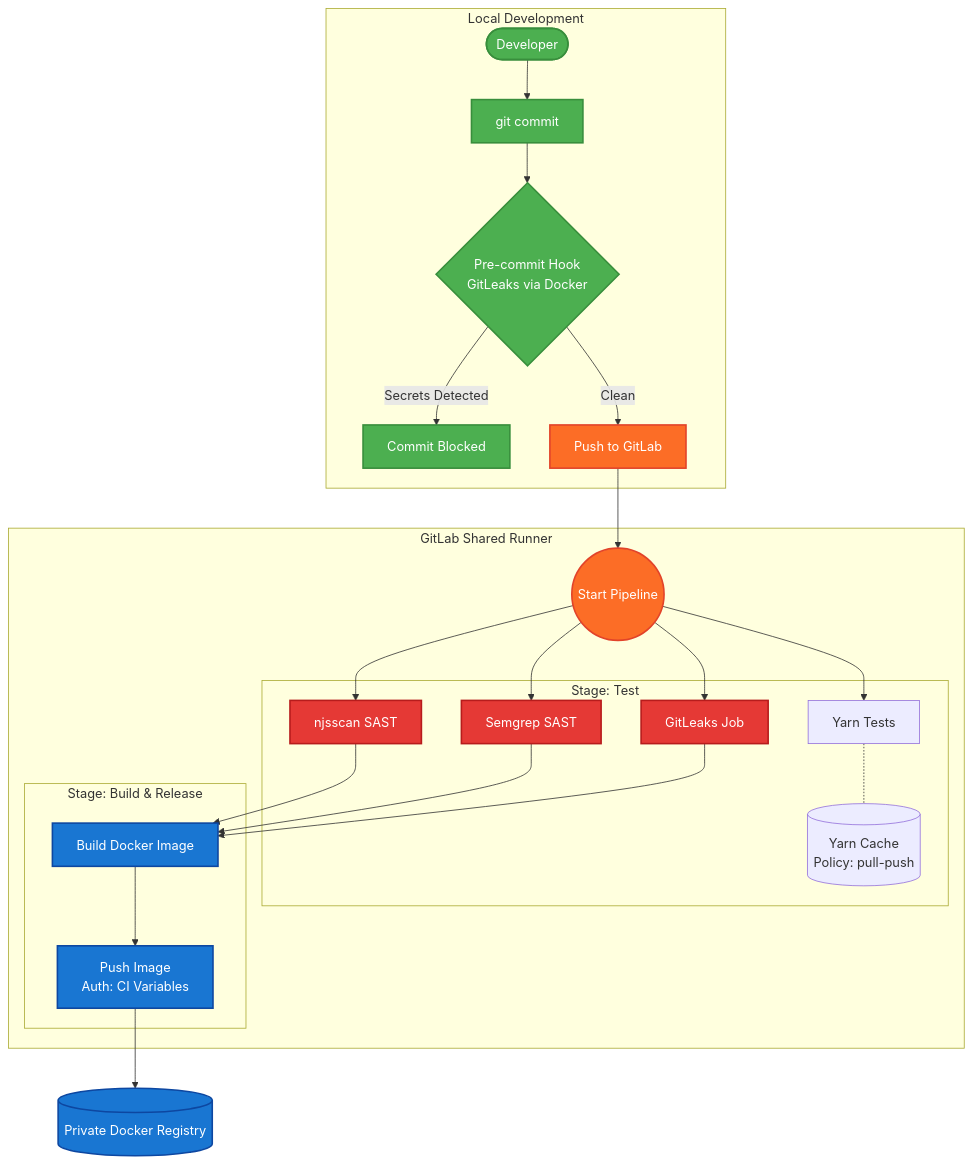
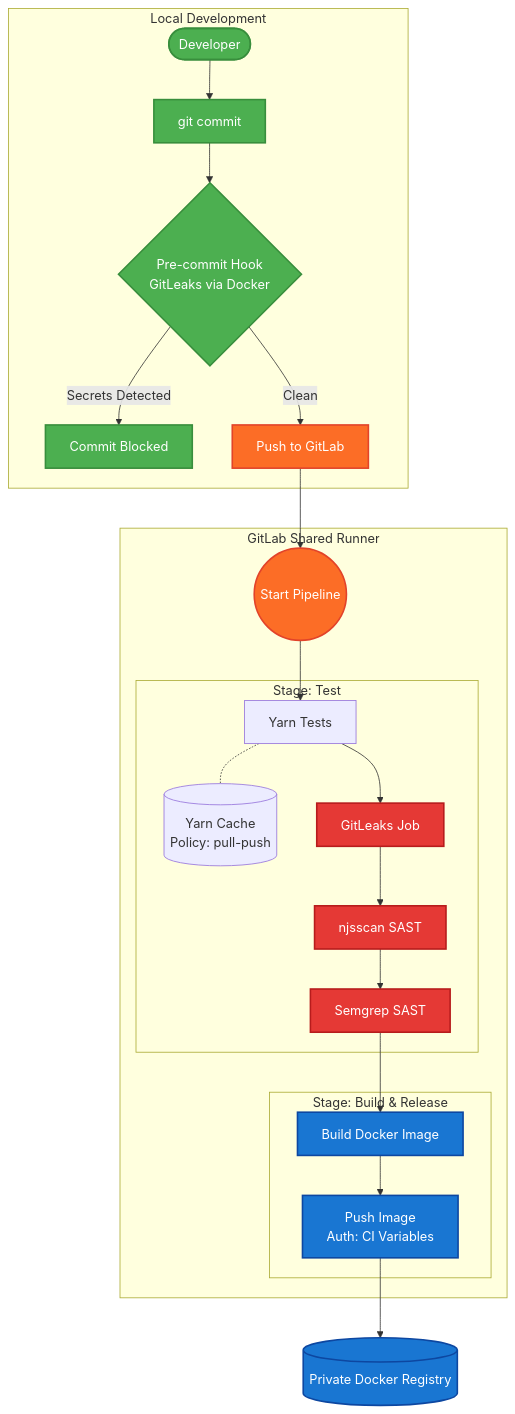
One commit to dominikjaro/devsecops-bootcamp-notes-overview changed the first of 2 diagrams in demo_projects_modules_overview.md. Above: the diagram before and after it, drawn with Mermaid.

````diff
--- a/demo_projects_modules_overview.md
+++ b/demo_projects_modules_overview.md
@@ -34,56 +36,48 @@
 ```mermaid
 flowchart TD
     subgraph Local Development
         Dev([Developer]) --> Commit[git commit]
         Commit --> PreCommit{Pre-commit Hook\nGitLeaks via Docker}
         PreCommit -- "Secrets Detected" --> Block[Commit Blocked]
         PreCommit -- "Clean" --> Push[Push to GitLab]
     end
 
     subgraph GitLab CI Pipeline [GitLab Shared Runner]
         Push --> PipelineStart((Start Pipeline))
 
         subgraph Stage: Test
             Cache[(Yarn Cache\nPolicy: pull-push)]
             Gitleaks[GitLeaks Job]
             YarnTest[Yarn Tests]
             Njsscan[njsscan SAST]
             Semgrep[Semgrep SAST]
 
             YarnTest -.- Cache
             
         end
 
         subgraph Stage: Build & Release
             DockerBuild[Build Docker Image]
             DockerPush[Push Image\nAuth: CI Variables]
             
             DockerBuild --> DockerPush
         end
 
-        %% Pipeline triggers Test stage jobs
-        PipelineStart --> Gitleaks
-        PipelineStart --> YarnTest
-        PipelineStart --> Njsscan
-        PipelineStart --> Semgrep
-
-        %% Build stage waits for all Test stage jobs to complete
-        Njsscan --> DockerBuild
-        Semgrep --> DockerBuild
-        Gitleaks --> DockerBuild
+        %% Test jobs run in order before the Build & Release stage
+        PipelineStart --> YarnTest --> Gitleaks --> Njsscan --> Semgrep --> DockerBuild
     end
 
     %% Artifacts and External Systems
     DockerPush --> Registry[(Private Docker Registry)]
 
     %% Styling
     classDef gitlab fill:#FC6D26,stroke:#E24329,stroke-width:2px,color:white;
     classDef local fill:#4CAF50,stroke:#388E3C,stroke-width:2px,color:white;
     classDef security fill:#E53935,stroke:#B71C1C,stroke-width:2px,color:white;
     classDef build fill:#1976D2,stroke:#0D47A1,stroke-width:2px,color:white;
 
     class Push,PipelineStart gitlab;
     class Dev,Commit,PreCommit,Block local;
     class Gitleaks,Njsscan,Semgrep security;
     class DockerBuild,DockerPush,Registry build;
 ```
````
